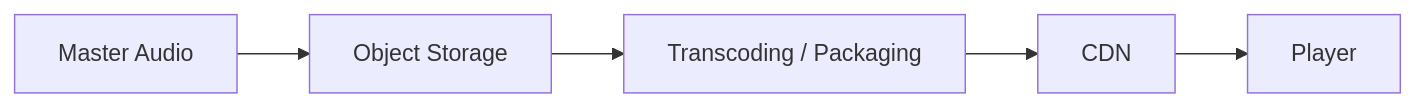
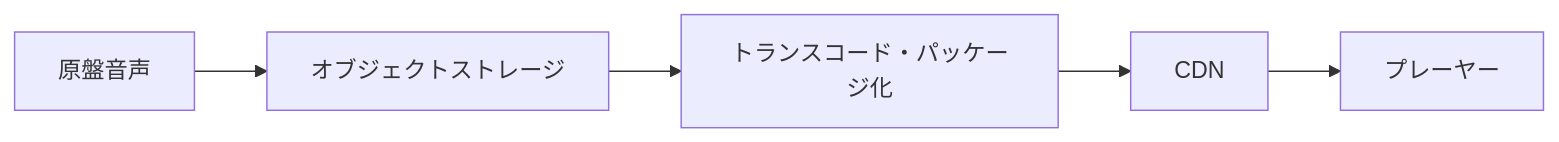
The fifth of 27 diagrams in docs/whitepaper/04-platform-architecture.md (ShigeichiroYamasaki/creator-first-platform), drawn with Mermaid before and after one commit. The commit also changed other lines of this file and 72 other files, not shown here.

````diff
--- a/docs/whitepaper/04-platform-architecture.md
+++ b/docs/whitepaper/04-platform-architecture.md
@@ -184,13 +184,13 @@
 ```mermaid
 flowchart LR
-    MASTER[Master Audio]
-    STORAGE[Object Storage]
-    PROCESS[Transcoding / Packaging]
+    MASTER[原盤音声]
+    STORAGE[オブジェクトストレージ]
+    PROCESS[トランスコード・パッケージ化]
     CDN[CDN]
-    PLAYER[Player]
+    PLAYER[プレーヤー]
 
     MASTER --> STORAGE
     STORAGE --> PROCESS
     PROCESS --> CDN
     CDN --> PLAYER
 ```
````
